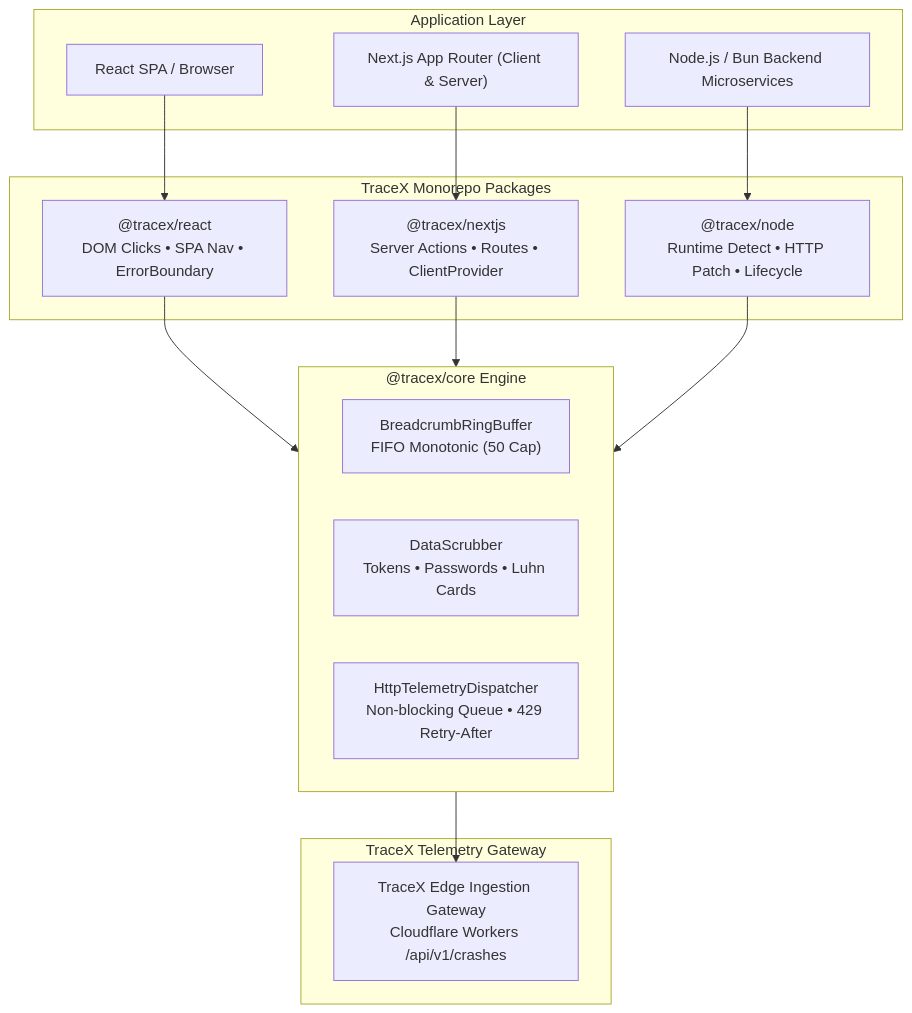
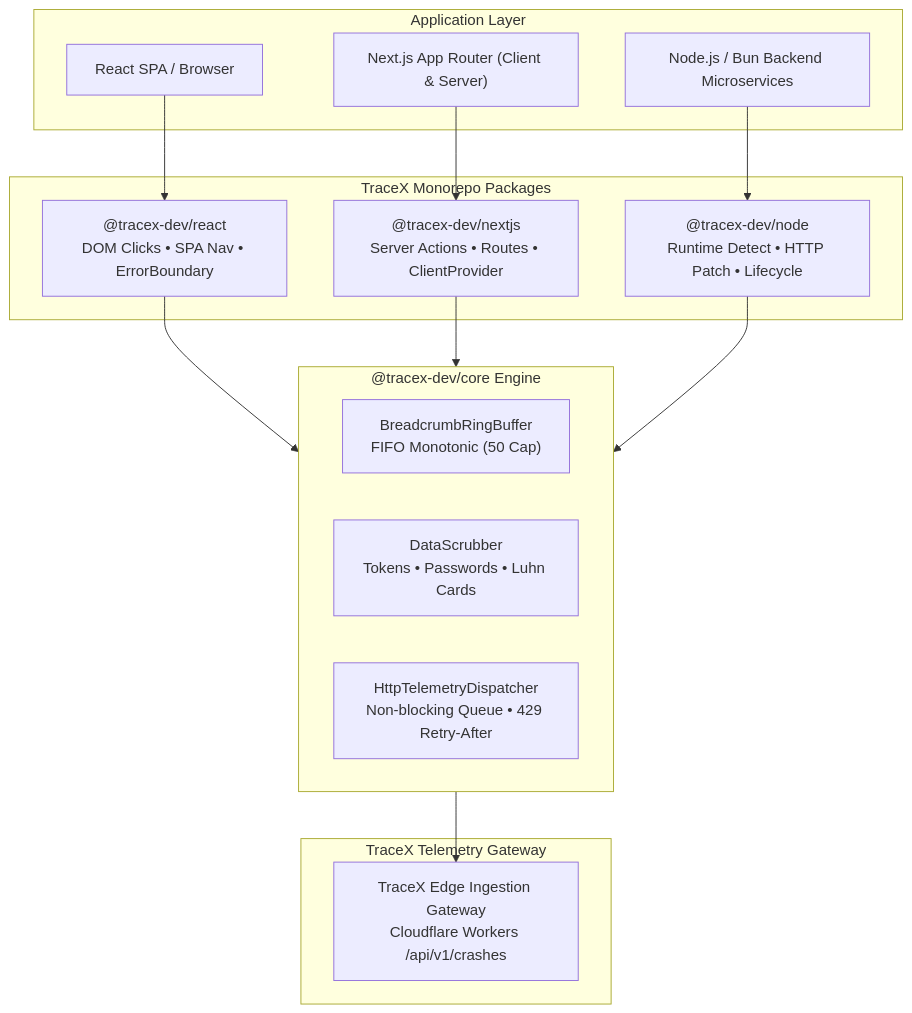
Before and after one commit to TraceX-2027/TraceX-JavaScript-SDK: the diagram in README.md, drawn with Mermaid. The commit also changed other lines of this file and 65 other files, not shown here.

Commit message:
feat(sdk): migrate package scope to @tracex-dev for official npm organization [T2.38]

````diff
--- a/README.md
+++ b/README.md
@@ -19,34 +19,34 @@
 ```mermaid
 flowchart TD
     subgraph HostApplications["Application Layer"]
         B1["React SPA / Browser"]
         B2["Next.js App Router (Client & Server)"]
         B3["Node.js / Bun Backend Microservices"]
     end
 
     subgraph PackagesLayer["TraceX Monorepo Packages"]
-        R1["@tracex/react\nDOM Clicks • SPA Nav • ErrorBoundary"]
-        N1["@tracex/nextjs\nServer Actions • Routes • ClientProvider"]
-        S1["@tracex/node\nRuntime Detect • HTTP Patch • Lifecycle"]
+        R1["@tracex-dev/react\nDOM Clicks • SPA Nav • ErrorBoundary"]
+        N1["@tracex-dev/nextjs\nServer Actions • Routes • ClientProvider"]
+        S1["@tracex-dev/node\nRuntime Detect • HTTP Patch • Lifecycle"]
     end
 
-    subgraph CoreEngine["@tracex/core Engine"]
+    subgraph CoreEngine["@tracex-dev/core Engine"]
         CB["BreadcrumbRingBuffer\nFIFO Monotonic (50 Cap)"]
         DS["DataScrubber\nTokens • Passwords • Luhn Cards"]
         HD["HttpTelemetryDispatcher\nNon-blocking Queue • 429 Retry-After"]
     end
 
     subgraph Ingestion["TraceX Telemetry Gateway"]
         GW["TraceX Edge Ingestion Gateway\nCloudflare Workers /api/v1/crashes"]
     end
 
     B1 --> R1
     B2 --> N1
     B3 --> S1
 
     R1 --> CoreEngine
     N1 --> CoreEngine
     S1 --> CoreEngine
 
     CoreEngine --> GW
 ```
````
